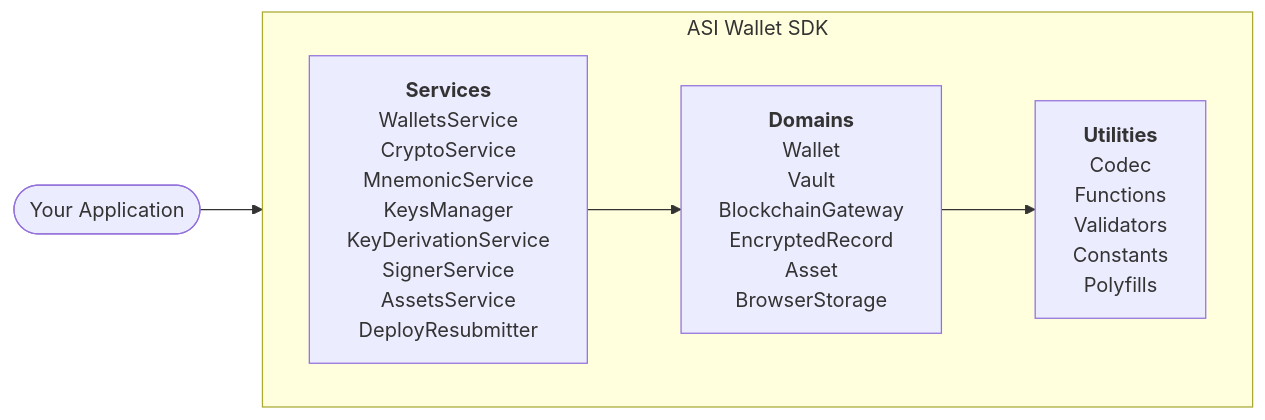
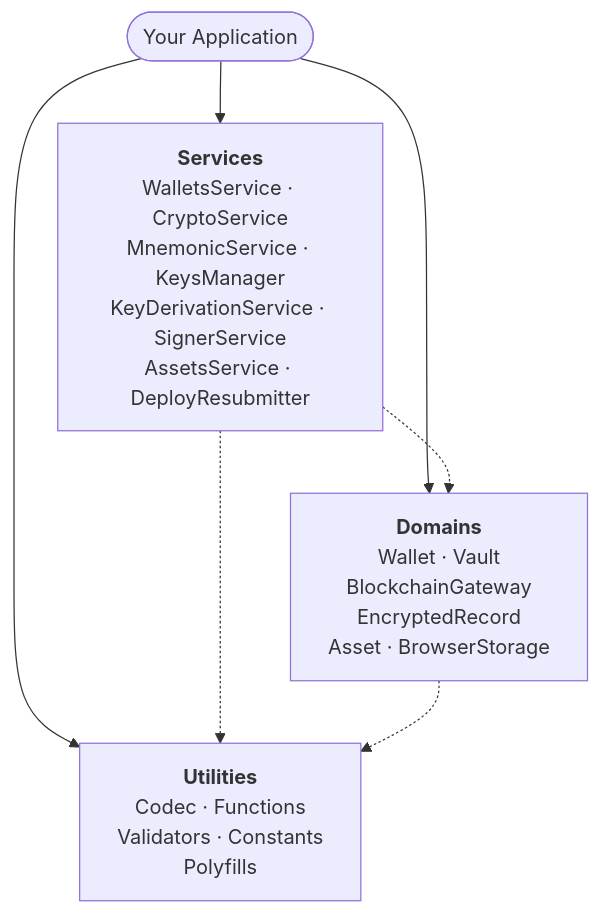
One commit to asi-alliance/asi-chain-docs-portal changed the third of 6 diagrams in wallet-sdk/overview/index.md. Above: the diagram before and after it, drawn with Mermaid. The commit also changed other lines of this file, not shown here.

Commit message:
[AS-571] Add 6 tree-style mermaid diagram variations

````diff
--- a/wallet-sdk/overview/index.md
+++ b/wallet-sdk/overview/index.md
@@ -113,12 +114,12 @@
 ```mermaid
-graph LR
-    A(["Your Application"]) --> SDK
+flowchart TB
+    A(["Your Application"])
 
-    subgraph SDK["ASI Wallet SDK"]
-        direction LR
-        S["<b>Services</b><br/>WalletsService<br/>CryptoService<br/>MnemonicService<br/>KeysManager<br/>KeyDerivationService<br/>SignerService<br/>AssetsService<br/>DeployResubmitter"]
-        D["<b>Domains</b><br/>Wallet<br/>Vault<br/>BlockchainGateway<br/>EncryptedRecord<br/>Asset<br/>BrowserStorage"]
-        U["<b>Utilities</b><br/>Codec<br/>Functions<br/>Validators<br/>Constants<br/>Polyfills"]
-        S --> D --> U
-    end
+    A --> S["<b>Services</b><br/>WalletsService · CryptoService<br/>MnemonicService · KeysManager<br/>KeyDerivationService · SignerService<br/>AssetsService · DeployResubmitter"]
+    A --> D["<b>Domains</b><br/>Wallet · Vault<br/>BlockchainGateway<br/>EncryptedRecord<br/>Asset · BrowserStorage"]
+    A --> U["<b>Utilities</b><br/>Codec · Functions<br/>Validators · Constants<br/>Polyfills"]
+
+    S -.-> D
+    S -.-> U
+    D -.-> U
 ```
````
